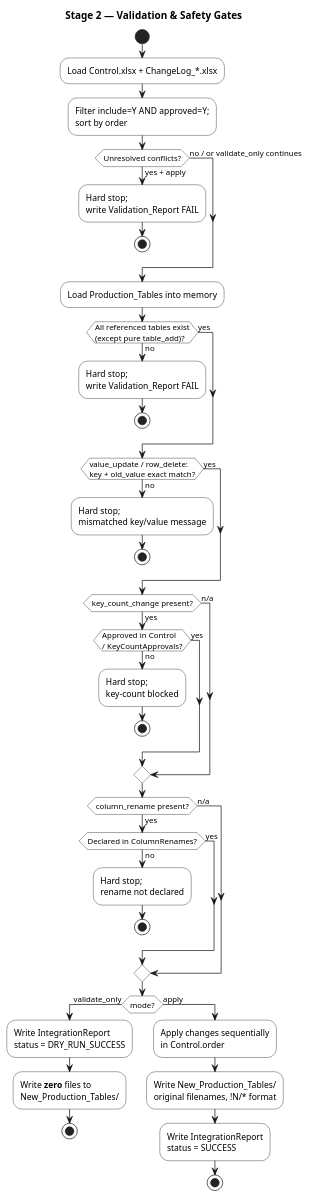
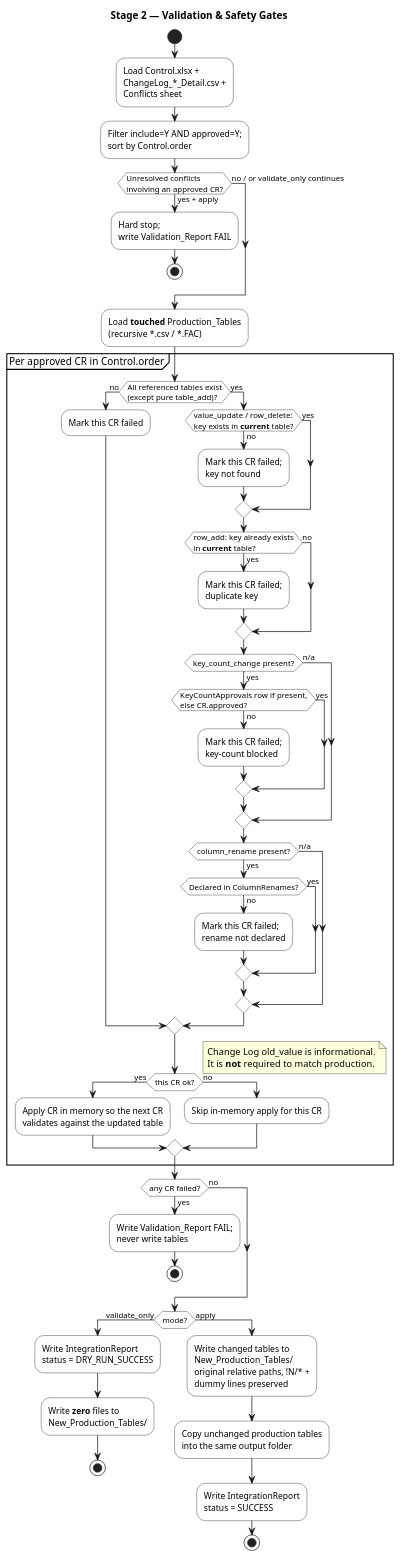
One commit to kellccheung/actuarial-table-integration-testing-tool changed the diagram in docs/uml/05_activity_safety_gates.puml. Above: the diagram before and after it, drawn with PlantUML. The commit also changed 75 other files, not shown here.

First line of the commit message:
Split Change Log reviews into per-folder workbooks and apply Stage 2 changes sequentially in Control order so later CRs see earlier results.

```diff
--- a/docs/uml/05_activity_safety_gates.puml
+++ b/docs/uml/05_activity_safety_gates.puml
@@ -1,61 +1,81 @@
 @startuml prophet_table_tool_stage2_activity
 title Stage 2 — Validation & Safety Gates
 skinparam shadowing false
 skinparam ActivityBackgroundColor White
 skinparam ActivityBorderColor Black
 
 start
 
-:Load Control.xlsx + ChangeLog_*.xlsx;
-:Filter include=Y AND approved=Y;\nsort by order;
+:Load Control.xlsx +\nChangeLog_*_Detail.csv +\nConflicts sheet;
+:Filter include=Y AND approved=Y;\nsort by Control.order;
 
-if (Unresolved conflicts?) then (yes + apply)
+if (Unresolved conflicts\ninvolving an approved CR?) then (yes + apply)
   :Hard stop;\nwrite Validation_Report FAIL;
   stop
 else (no / or validate_only continues)
 endif
 
-:Load Production_Tables into memory;
+:Load **touched** Production_Tables\n(recursive *.csv / *.FAC);
 
-if (All referenced tables exist\n(except pure table_add)?) then (no)
-  :Hard stop;\nwrite Validation_Report FAIL;
+partition "Per approved CR in Control.order" {
+  if (All referenced tables exist\n(except pure table_add)?) then (no)
+    :Mark this CR failed;
+  else (yes)
+
+    if (value_update / row_delete:\nkey exists in **current** table?) then (no)
+      :Mark this CR failed;\nkey not found;
+    else (yes)
+    endif
+
+    if (row_add: key already exists\nin **current** table?) then (yes)
+      :Mark this CR failed;\nduplicate key;
+    else (no)
+    endif
+
+    if (key_count_change present?) then (yes)
+      if (KeyCountApprovals row if present,\nelse CR.approved?) then (no)
+        :Mark this CR failed;\nkey-count blocked;
+      else (yes)
+      endif
+    else (n/a)
+    endif
+
+    if (column_rename present?) then (yes)
+      if (Declared in ColumnRenames?) then (no)
+        :Mark this CR failed;\nrename not declared;
+      else (yes)
+      endif
+    else (n/a)
+    endif
+  endif
+
+  if (this CR ok?) then (yes)
+    :Apply CR in memory so the next CR\nvalidates against the updated table;
+  else (no)
+    :Skip in-memory apply for this CR;
+  endif
+}
+
+note right
+  Change Log old_value is informational.
+  It is **not** required to match production.
+end note
+
+if (any CR failed?) then (yes)
+  :Write Validation_Report FAIL;\nnever write tables;
   stop
-else (yes)
-endif
-
-if (value_update / row_delete:\nkey + old_value exact match?) then (no)
-  :Hard stop;\nmismatched key/value message;
-  stop
-else (yes)
-endif
-
-if (key_count_change present?) then (yes)
-  if (Approved in Control\n/ KeyCountApprovals?) then (no)
-    :Hard stop;\nkey-count blocked;
-    stop
-  else (yes)
-  endif
-else (n/a)
-endif
-
-if (column_rename present?) then (yes)
-  if (Declared in ColumnRenames?) then (no)
-    :Hard stop;\nrename not declared;
-    stop
-  else (yes)
-  endif
-else (n/a)
+else (no)
 endif
 
 if (mode?) then (validate_only)
   :Write IntegrationReport\nstatus = DRY_RUN_SUCCESS;
   :Write **zero** files to\nNew_Production_Tables/;
   stop
 else (apply)
-  :Apply changes sequentially\nin Control.order;
-  :Write New_Production_Tables/\noriginal filenames, !N/* format;
+  :Write changed tables to\nNew_Production_Tables/\noriginal relative paths, !N/* +\ndummy lines preserved;
+  :Copy unchanged production tables\ninto the same output folder;
   :Write IntegrationReport\nstatus = SUCCESS;
   stop
 endif
 
 @enduml
```
